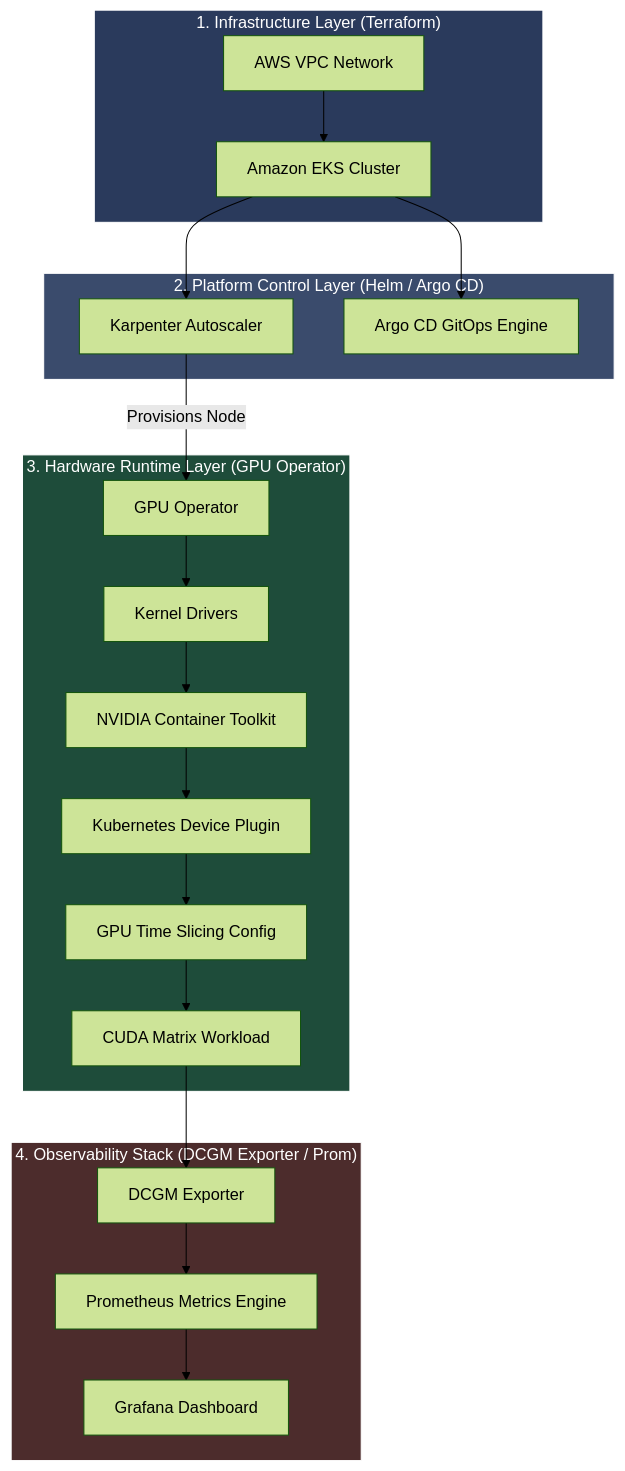
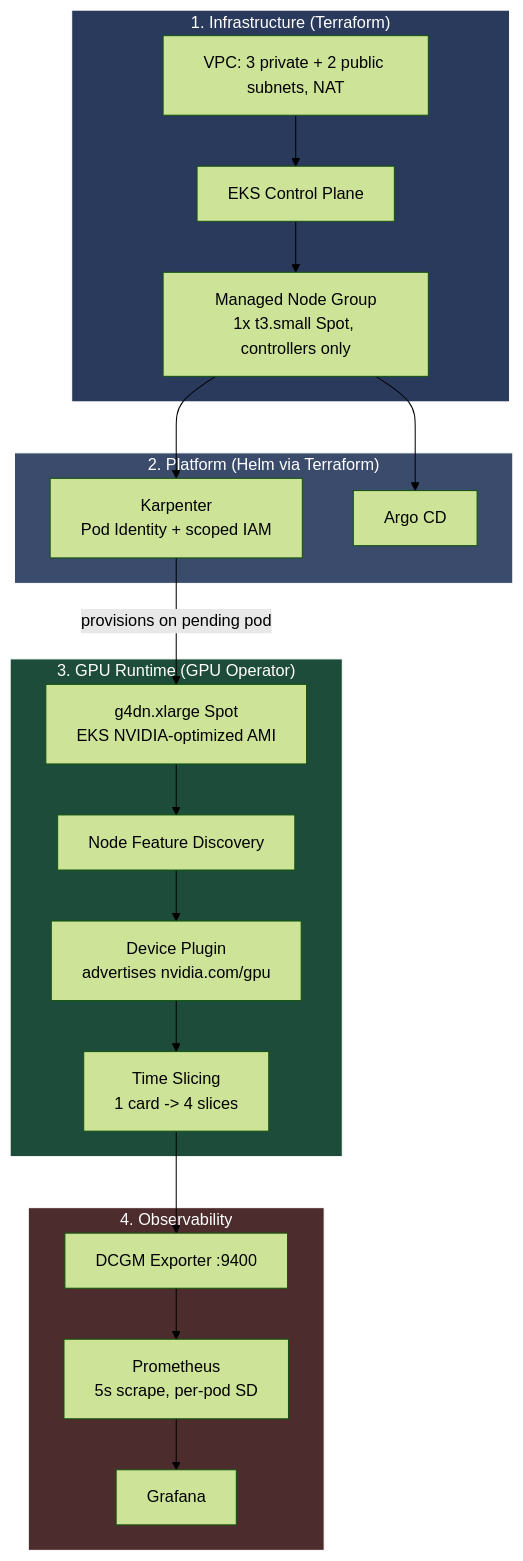
Before and after one commit to ok-karthik/ai-infrastructure-on-eks: the diagram in README.md, drawn with Mermaid (forest theme). The commit also changed other lines of this file and 192 other files, not shown here.

First line of the commit message:
fix: correct platform bugs, implement GPU Operator, align docs with code

````diff
--- a/README.md
+++ b/README.md
@@ -17,44 +34,41 @@
 ```mermaid
 flowchart TD
-    subgraph Infrastructure ["1. Infrastructure Layer (Terraform)"]
-        AWS[AWS VPC Network] --> EKS[Amazon EKS Cluster]
+    subgraph Infra ["1. Infrastructure (Terraform)"]
+        VPC[VPC: 3 private + 2 public subnets, NAT] --> EKS[EKS Control Plane]
+        EKS --> MNG[Managed Node Group<br/>1x t3.small Spot, controllers only]
     end
 
-    subgraph Platform ["2. Platform Control Layer (Helm / Argo CD)"]
-        Karpenter[Karpenter Autoscaler]
-        ArgoCD[Argo CD GitOps Engine]
-        EKS --> Karpenter
-        EKS --> ArgoCD
+    subgraph Platform ["2. Platform (Helm via Terraform)"]
+        Karpenter[Karpenter<br/>Pod Identity + scoped IAM]
+        ArgoCD[Argo CD]
+        MNG --> Karpenter
+        MNG --> ArgoCD
     end
 
-    subgraph Runtime ["3. Hardware Runtime Layer (GPU Operator)"]
-        GPUOp[GPU Operator]
-        Driver[Kernel Drivers]
-        Toolkit[NVIDIA Container Toolkit]
-        DevPlugin[Kubernetes Device Plugin]
-        TimeSlicing[GPU Time Slicing Config]
-        CUDA[CUDA Matrix Workload]
+    subgraph Runtime ["3. GPU Runtime (GPU Operator)"]
+        GPUNode[g4dn.xlarge Spot<br/>EKS NVIDIA-optimized AMI]
+        NFD[Node Feature Discovery]
+        DevPlugin[Device Plugin<br/>advertises nvidia.com/gpu]
+        Slice[Time Slicing<br/>1 card -> 4 slices]
 
-        Karpenter -->|Provisions Node| GPUOp
-        GPUOp --> Driver
-        Driver --> Toolkit
-        Toolkit --> DevPlugin
-        DevPlugin --> TimeSlicing
-        TimeSlicing --> CUDA
+        Karpenter -->|provisions on pending pod| GPUNode
+        GPUNode --> NFD
+        NFD --> DevPlugin
+        DevPlugin --> Slice
     end
 
-    subgraph Observability ["4. Observability Stack (DCGM Exporter / Prom)"]
-        DCGM[DCGM Exporter]
-        Prometheus[Prometheus Metrics Engine]
-        Grafana[Grafana Dashboard]
+    subgraph Obs ["4. Observability"]
+        DCGM[DCGM Exporter :9400]
+        Prom[Prometheus<br/>5s scrape, per-pod SD]
+        Graf[Grafana]
 
-        CUDA --> DCGM
-        DCGM --> Prometheus
-        Prometheus --> Grafana
+        Slice --> DCGM
+        DCGM --> Prom
+        Prom --> Graf
     end
 
-    style Infrastructure fill:#2a3a5c,stroke:#fff,stroke-width:1px,color:#fff
+    style Infra fill:#2a3a5c,stroke:#fff,stroke-width:1px,color:#fff
     style Platform fill:#3a4b6c,stroke:#fff,stroke-width:1px,color:#fff
     style Runtime fill:#1e4c3a,stroke:#fff,stroke-width:1px,color:#fff
-    style Observability fill:#4c2c2c,stroke:#fff,stroke-width:1px,color:#fff
+    style Obs fill:#4c2c2c,stroke:#fff,stroke-width:1px,color:#fff
 ```
````
